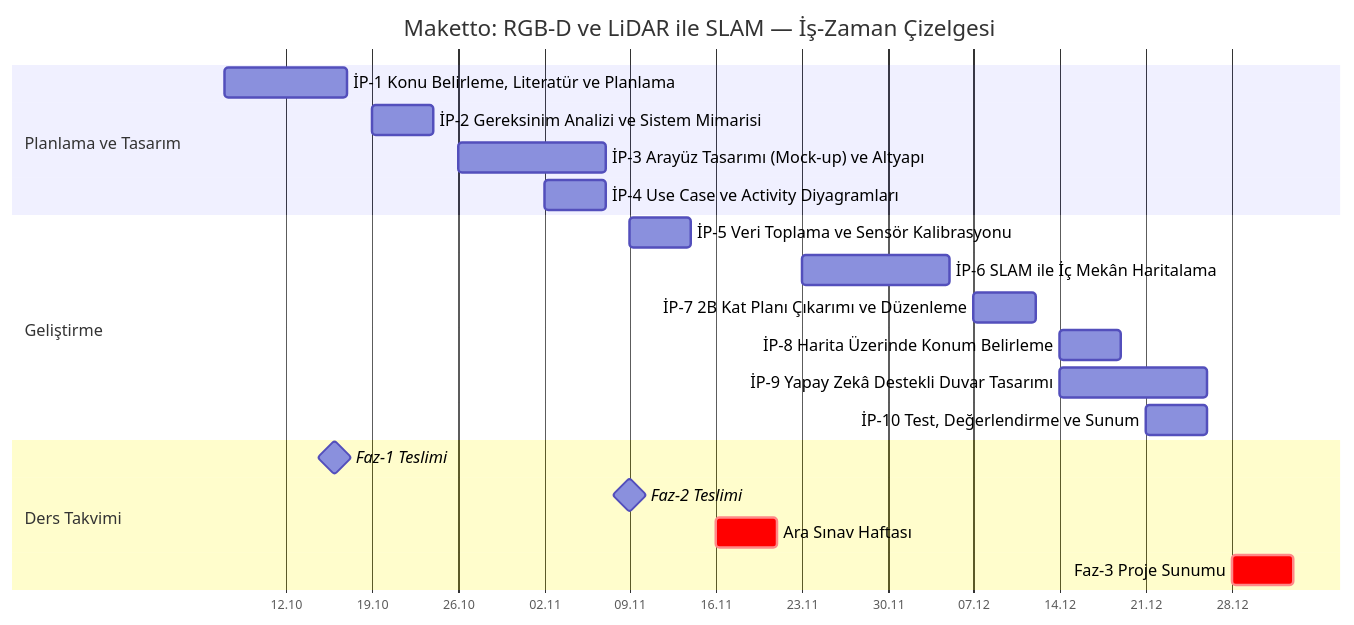
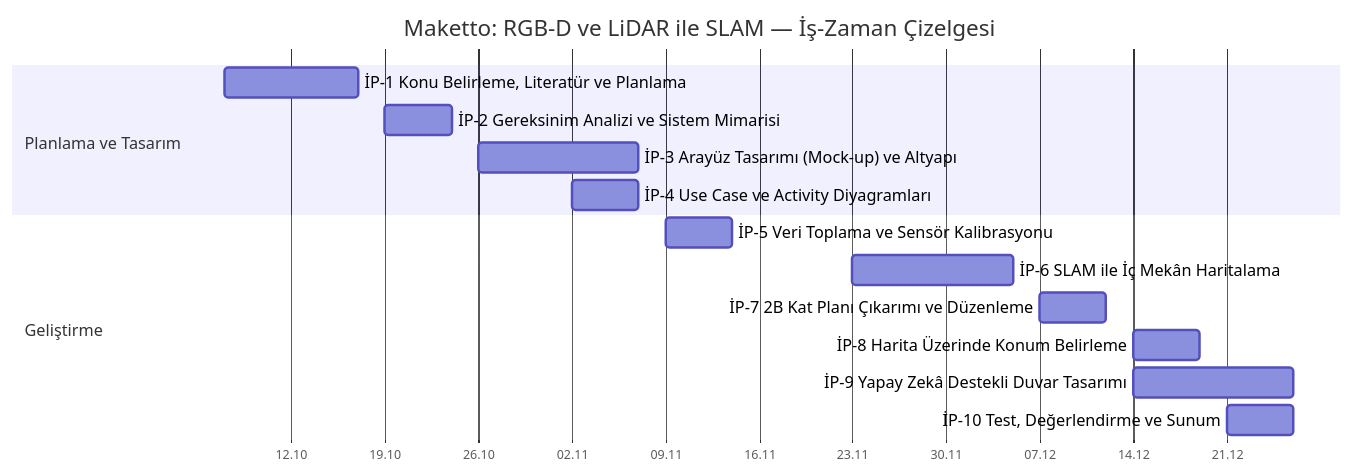
One commit to ismetaba/Maketto changed the diagram in GANTT.md. Above: the diagram before and after it, drawn with Mermaid. The commit also changed other lines of this file and 1 other file, not shown here.

First line of the commit message:
Drop the course calendar from the Gantt plan

````diff
--- a/GANTT.md
+++ b/GANTT.md
@@ -16,29 +16,23 @@
 ```mermaid
 %%{init: {"gantt": {"leftPadding": 170, "barHeight": 24, "barGap": 6, "fontSize": 13, "sectionFontSize": 13, "numberSectionStyles": 3}}}%%
 gantt
     title Maketto: RGB-D ve LiDAR ile SLAM — İş-Zaman Çizelgesi
     dateFormat YYYY-MM-DD
     axisFormat %d.%m
     tickInterval 1week
     weekday monday
 
     section Planlama ve Tasarım
     İP-1 Konu Belirleme, Literatür ve Planlama  :2026-10-07, 10d
     İP-2 Gereksinim Analizi ve Sistem Mimarisi  :2026-10-19, 5d
     İP-3 Arayüz Tasarımı (Mock-up) ve Altyapı   :2026-10-26, 12d
     İP-4 Use Case ve Activity Diyagramları      :2026-11-02, 5d
 
     section Geliştirme
     İP-5 Veri Toplama ve Sensör Kalibrasyonu    :2026-11-09, 5d
     İP-6 SLAM ile İç Mekân Haritalama           :2026-11-23, 12d
     İP-7 2B Kat Planı Çıkarımı ve Düzenleme     :2026-12-07, 5d
     İP-8 Harita Üzerinde Konum Belirleme        :2026-12-14, 5d
     İP-9 Yapay Zekâ Destekli Duvar Tasarımı     :2026-12-14, 12d
     İP-10 Test, Değerlendirme ve Sunum          :2026-12-21, 5d
-
-    section Ders Takvimi
-    Faz-1 Teslimi                               :milestone, 2026-10-16, 0d
-    Faz-2 Teslimi                               :milestone, 2026-11-09, 0d
-    Ara Sınav Haftası                           :crit, 2026-11-16, 5d
-    Faz-3 Proje Sunumu                          :crit, 2026-12-28, 5d
 ```
````
